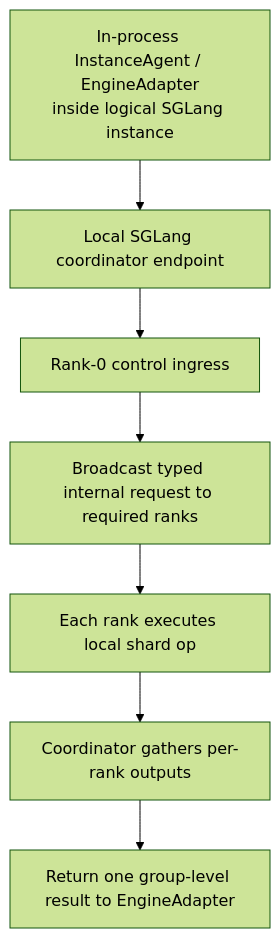
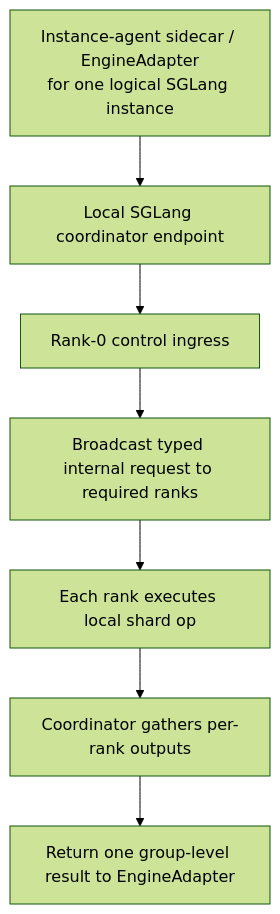
Before and after one commit to tensorcast-ai/sglang: diagram 16 of 24 in docs/tensorcast/tensorcast_kv_integration.md, drawn with Mermaid (forest theme). The commit also changed other lines of this file and 2 other files, not shown here.

````diff
--- a/docs/tensorcast/tensorcast_kv_integration.md
+++ b/docs/tensorcast/tensorcast_kv_integration.md
@@ -1447,9 +1530,9 @@
 ```mermaid
 flowchart TD
-    A["In-process InstanceAgent / EngineAdapter<br/>inside logical SGLang instance"] --> B["Local SGLang coordinator endpoint"]
+    A["Instance-agent sidecar / EngineAdapter<br/>for one logical SGLang instance"] --> B["Local SGLang coordinator endpoint"]
     B --> C["Rank-0 control ingress"]
     C --> D["Broadcast typed internal request to required ranks"]
     D --> E["Each rank executes local shard op"]
     E --> F["Coordinator gathers per-rank outputs"]
     F --> G["Return one group-level result to EngineAdapter"]
 ```
````
